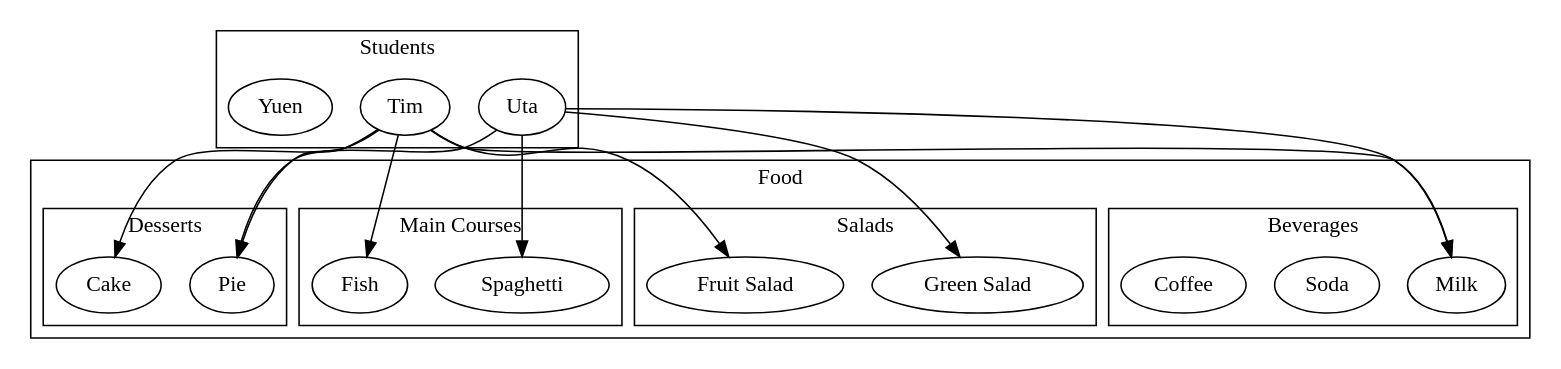
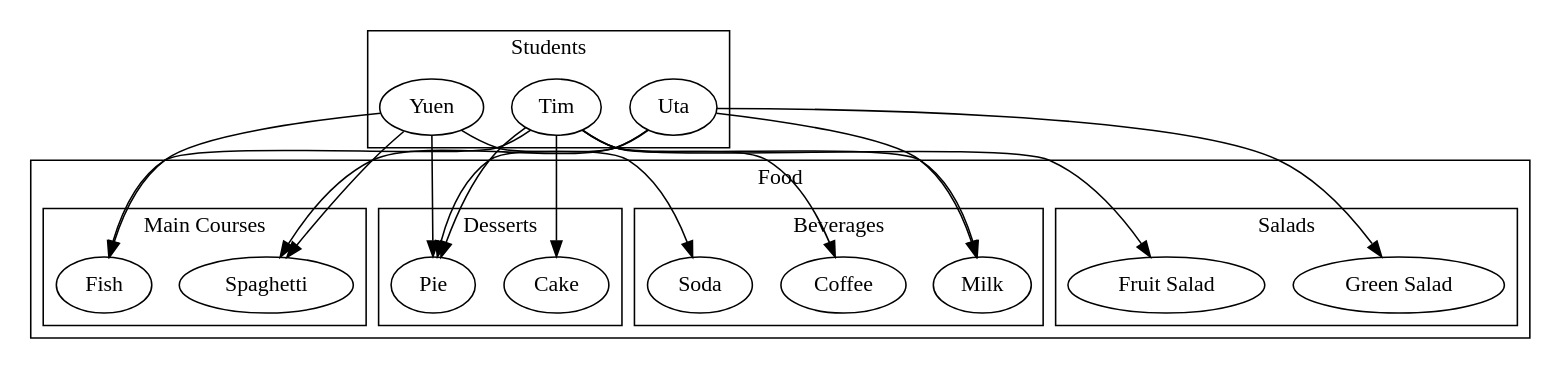
The diagram in CSDS 302 - Discrete Math/HW/3.md (tnichols217/notes), drawn with Graphviz before and after one commit.

Commit message:
vault backup: 2024-01-27 17:53:58

````diff
--- a/CSDS 302 - Discrete Math/HW/3.md
+++ b/CSDS 302 - Discrete Math/HW/3.md
@@ -141,49 +141,51 @@
 ```dot
 digraph {
 	subgraph {
 		label=Students
 		cluster=true
 		a [label=Uta]
 		b [label=Tim]
 		c [label=Yuen]
 	}
 	subgraph {
 		label=Food
 		cluster=true
 		subgraph {
 			label=Salads
 			cluster=true
 			A [label="Green Salad"]
 			B [label="Fruit Salad"]
 		}
 		subgraph {
 			label="Main Courses"
 			cluster=true
 			C [label="Spaghetti"]
 			D [label="Fish"]
 		}
 		subgraph {
 			label="Desserts"
 			cluster=true
 			E [label="Pie"]
 			F [label="Cake"]
 		}
 		subgraph {
 			label="Beverages"
 			cluster=true
 			G [label="Milk"]
 			H [label="Soda"]
 			I [label="Coffee"]
 		}
 	}
-	a->A
-	a->C
-	a->E
-	a->G
+	a->{A C E G}
 	b->B
 	b->D
 	b->E
 	b->F
 	b->G
+	b->I
+	c->C
+	c->D
+	c->E
+	c->H
 }
 ```
````
